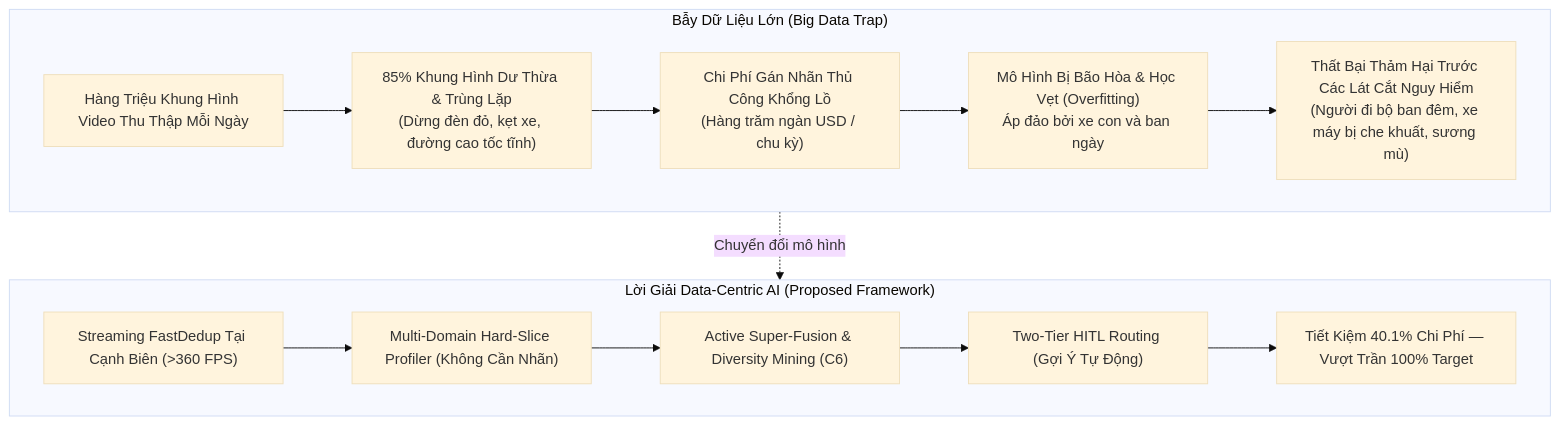
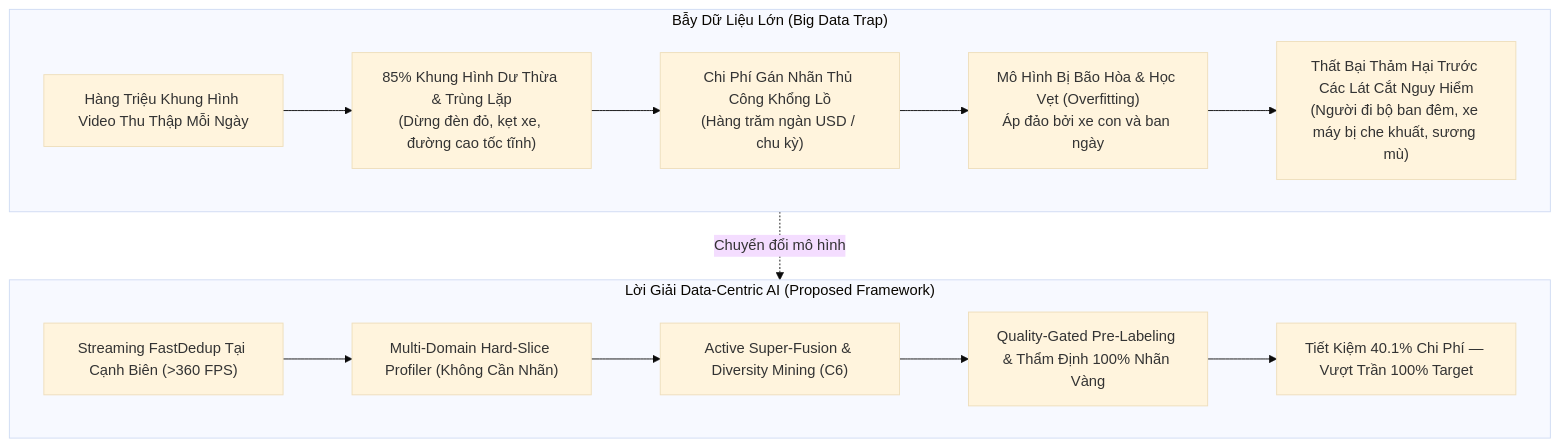
The first of 4 diagrams in docs/01_EXECUTIVE_SUMMARY_AND_BUSINESS_CASE.md (nguyenhuynhdt37/autonomous-driving-active-learning-lab), drawn with Mermaid (base theme) before and after one commit. The commit also changed other lines of this file and 8 other files, not shown here.

Commit message:
docs: synchronize continuous active loop diagrams and quality-gated hitl policy across all markdown files

````diff
--- a/docs/01_EXECUTIVE_SUMMARY_AND_BUSINESS_CASE.md
+++ b/docs/01_EXECUTIVE_SUMMARY_AND_BUSINESS_CASE.md
@@ -14,18 +14,18 @@
 ```mermaid
 flowchart TD
     subgraph Trap["Bẫy Dữ Liệu Lớn (Big Data Trap)"]
         A["Hàng Triệu Khung Hình Video Thu Thập Mỗi Ngày"] --> B["85% Khung Hình Dư Thừa & Trùng Lặp<br/>(Dừng đèn đỏ, kẹt xe, đường cao tốc tĩnh)"]
         B --> C["Chi Phí Gán Nhãn Thủ Công Khổng Lồ<br/>(Hàng trăm ngàn USD / chu kỳ)"]
         C --> D["Mô Hình Bị Bão Hòa & Học Vẹt (Overfitting)<br/>Áp đảo bởi xe con và ban ngày"]
         D --> E["Thất Bại Thảm Hại Trước Các Lát Cắt Nguy Hiểm<br/>(Người đi bộ ban đêm, xe máy bị che khuất, sương mù)"]
     end
     
     subgraph Solution["Lời Giải Data-Centric AI (Proposed Framework)"]
         F["Streaming FastDedup Tại Cạnh Biên (>360 FPS)"] --> G["Multi-Domain Hard-Slice Profiler (Không Cần Nhãn)"]
         G --> H["Active Super-Fusion & Diversity Mining (C6)"]
-        H --> I["Two-Tier HITL Routing (Gợi Ý Tự Động)"]
+        H --> I["Quality-Gated Pre-Labeling & Thẩm Định 100% Nhãn Vàng"]
         I --> J["Tiết Kiệm 40.1% Chi Phí — Vượt Trần 100% Target"]
     end
 
     Trap -.->|Chuyển đổi mô hình| Solution
 ```
````
